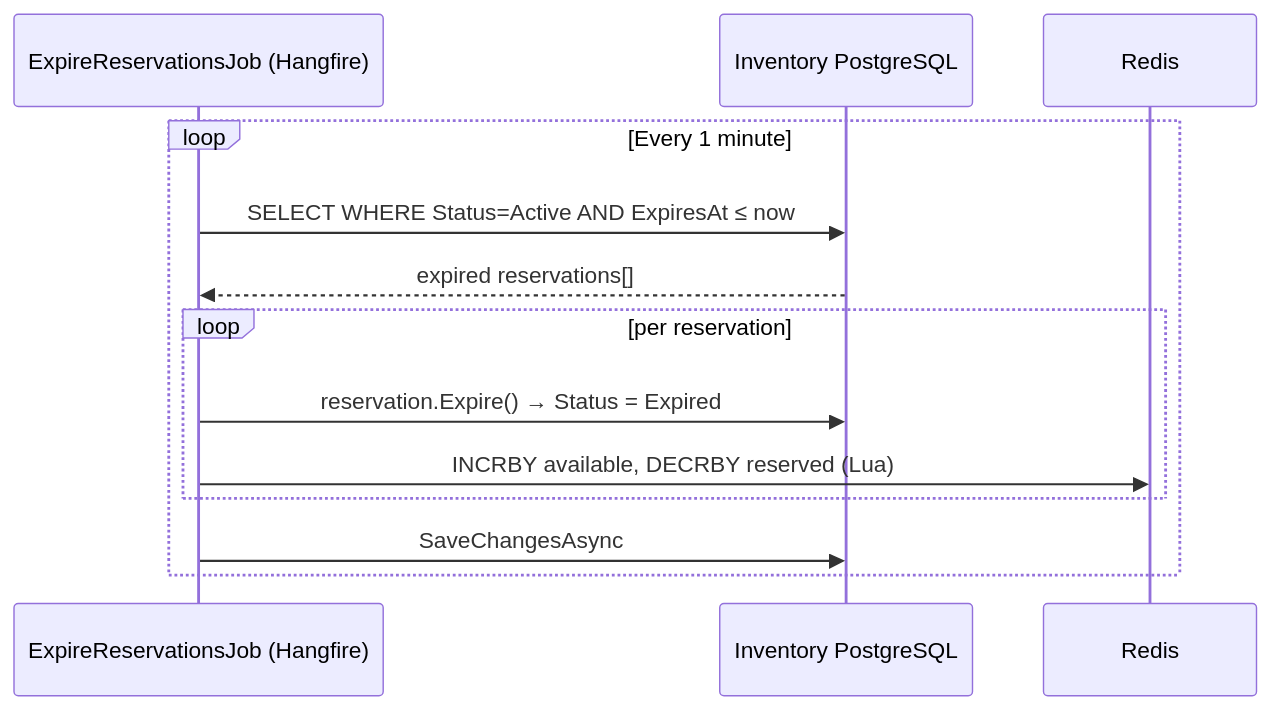
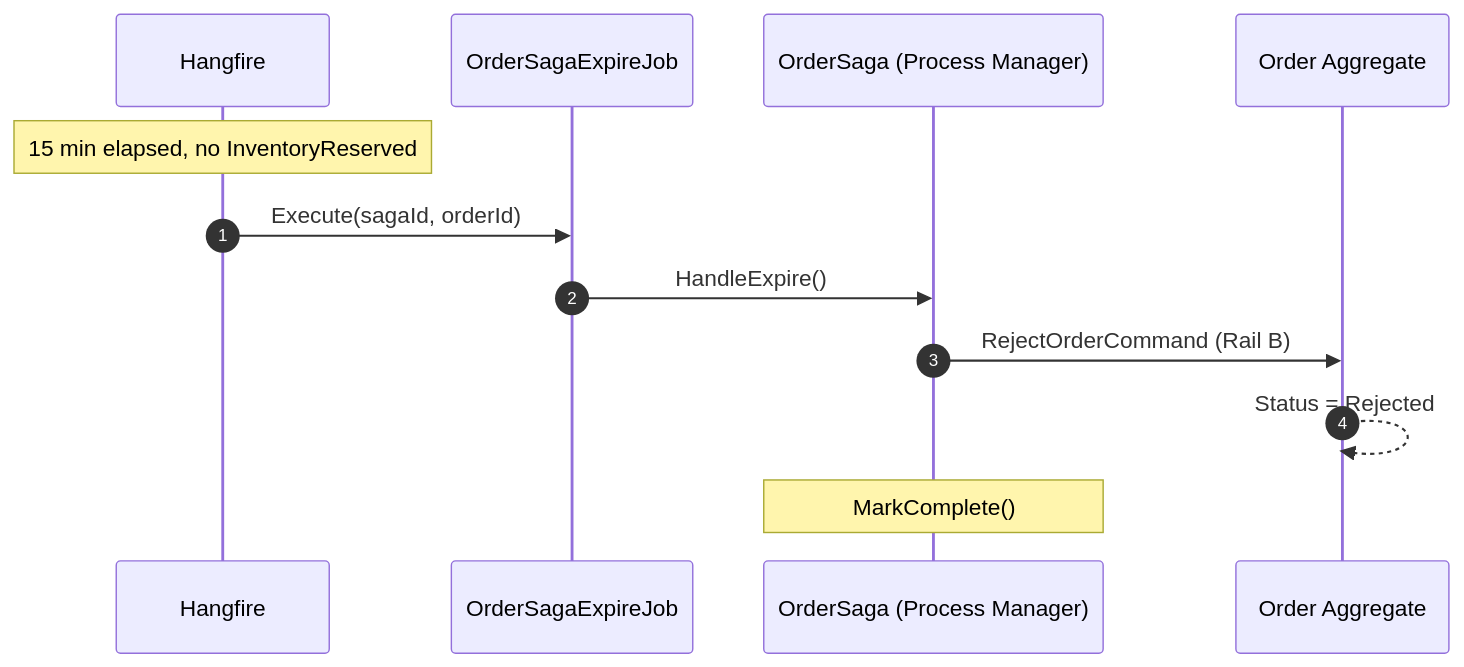
Before and after one commit to mnnam1302/EShop: diagram 11 of 12 in Order/src/EShop.Order.API/README.md, drawn with Mermaid. The commit also changed other lines of this file and 145 other files, not shown here.

Commit message:
[TEHCNICAL][ESHOP-2006] Improve stock deduction for Order Saga Process Manager (#70)

````diff
--- a/Order/src/EShop.Order.API/README.md
+++ b/Order/src/EShop.Order.API/README.md
@@ -334,18 +336,15 @@
 ```mermaid
 sequenceDiagram
-    participant Hangfire as ExpireReservationsJob (Hangfire)
-    participant InvDB as Inventory PostgreSQL
-    participant Redis as Redis
+    autonumber
+    participant HF  as Hangfire
+    participant JOB as OrderSagaExpireJob
+    participant PM  as OrderSaga (Process Manager)
+    participant OA  as Order Aggregate
 
-    loop Every 1 minute
-        Hangfire->>InvDB: SELECT WHERE Status=Active AND ExpiresAt ≤ now
-        InvDB-->>Hangfire: expired reservations[]
-
-        loop per reservation
-            Hangfire->>InvDB: reservation.Expire() → Status = Expired
-            Hangfire->>Redis: INCRBY available, DECRBY reserved (Lua)
-        end
-
-        Hangfire->>InvDB: SaveChangesAsync
-    end
+    Note over HF: 15 min elapsed, no InventoryReserved
+    HF->>JOB: Execute(sagaId, orderId)
+    JOB->>PM: HandleExpire()
+    PM->>OA: RejectOrderCommand (Rail B)
+    OA-->>OA: Status = Rejected
+    Note over PM: MarkComplete()
 ```
````
